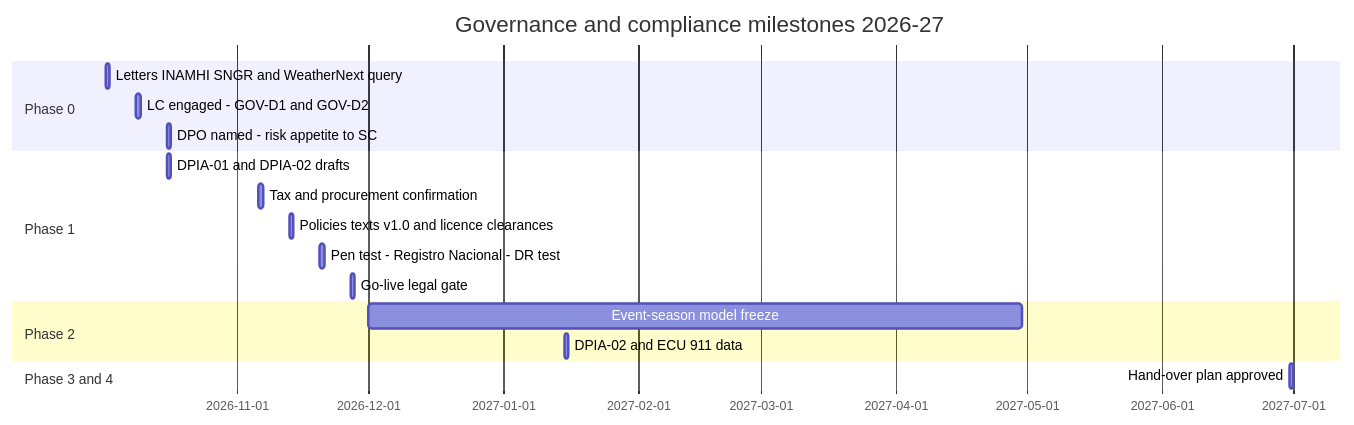
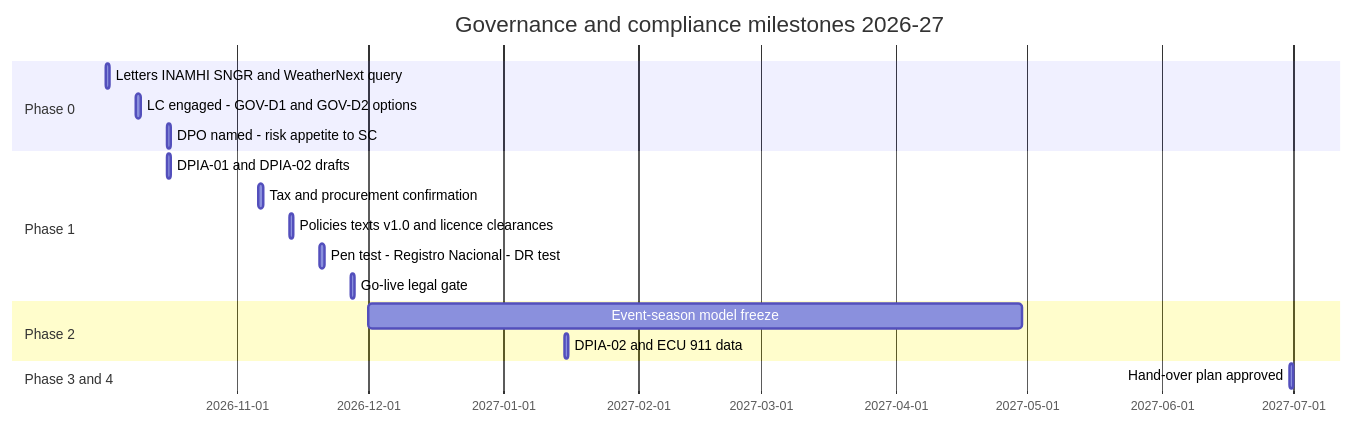
Before and after one commit to mcastroarroyo/weathernext: the fifth of 5 diagrams in docs/13-governance-legal-risk.md, drawn with Mermaid. The commit also changed other lines of this file, not shown here.

````diff
--- a/docs/13-governance-legal-risk.md
+++ b/docs/13-governance-legal-risk.md
@@ -1207,20 +1216,20 @@
 ```mermaid
 gantt
   title Governance and compliance milestones 2026-27
   dateFormat YYYY-MM-DD
   section Phase 0
   Letters INAMHI SNGR and WeatherNext query :m1, 2026-10-02, 1d
-  LC engaged - GOV-D1 and GOV-D2             :m2, 2026-10-09, 1d
+  LC engaged - GOV-D1 and GOV-D2 options     :m2, 2026-10-09, 1d
   DPO named - risk appetite to SC            :m3, 2026-10-16, 1d
   section Phase 1
   DPIA-01 and DPIA-02 drafts               :m4, 2026-10-16, 1d
   Tax and procurement confirmation          :m5, 2026-11-06, 1d
   Policies texts v1.0 and licence clearances :m6, 2026-11-13, 1d
   Pen test - Registro Nacional - DR test      :m7, 2026-11-20, 1d
   Go-live legal gate                        :m8, 2026-11-27, 1d
   section Phase 2
   Event-season model freeze                 :m9, 2026-12-01, 2027-04-30
   DPIA-02 and ECU 911 data                  :m10, 2027-01-15, 1d
   section Phase 3 and 4
   Hand-over plan approved                   :m11, 2027-06-30, 1d
 ```
````
